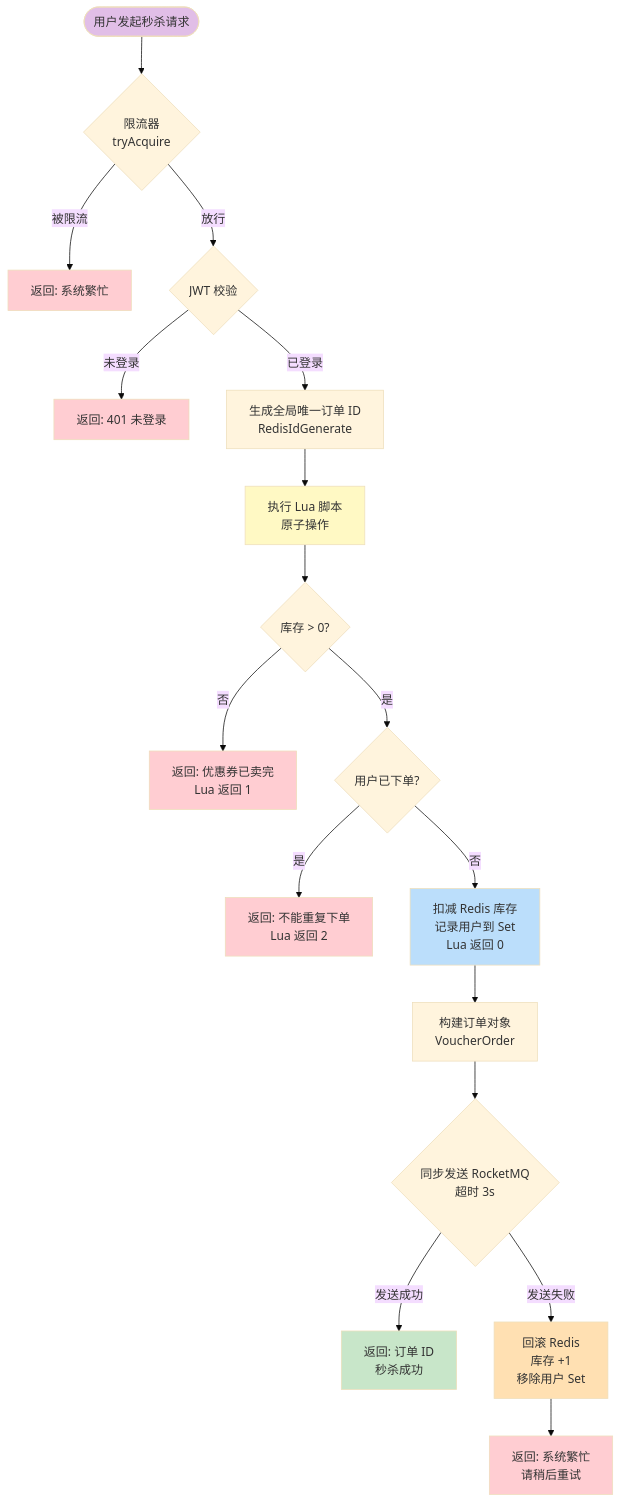
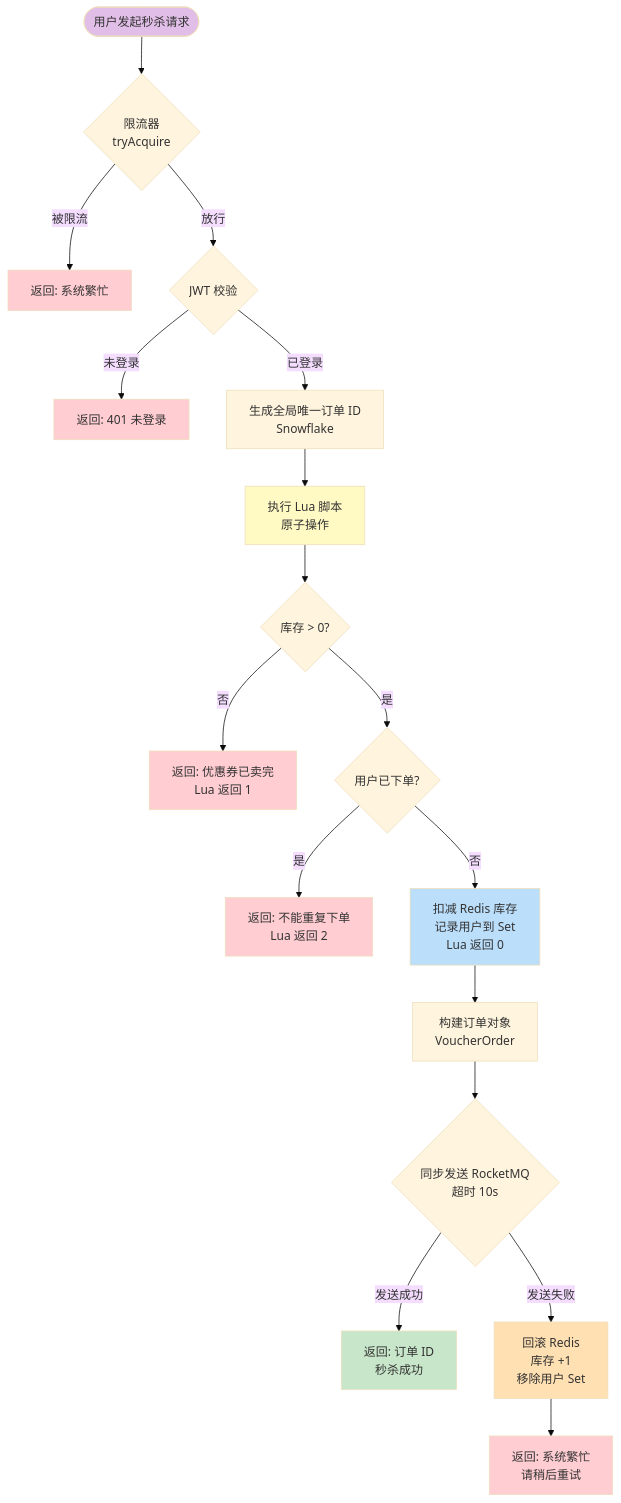
The second of 3 diagrams in README.md (Shardkiht/FlashDeal), drawn with Mermaid (base theme) before and after one commit. The commit also changed other lines of this file, not shown here.

````diff
--- a/README.md
+++ b/README.md
@@ -136,32 +137,32 @@
 ```mermaid
 flowchart TD
     START([用户发起秒杀请求]) --> LIMIT{限流器<br/>tryAcquire}
     LIMIT -->|被限流| R1[返回: 系统繁忙]
     LIMIT -->|放行| AUTH{JWT 校验}
     AUTH -->|未登录| R2[返回: 401 未登录]
-    AUTH -->|已登录| GEN[生成全局唯一订单 ID<br/>RedisIdGenerate]
+    AUTH -->|已登录| GEN[生成全局唯一订单 ID<br/>Snowflake]
 
     GEN --> LUA[执行 Lua 脚本<br/>原子操作]
     LUA --> CHECK1{库存 > 0?}
     CHECK1 -->|否| R3[返回: 优惠券已卖完<br/>Lua 返回 1]
     CHECK1 -->|是| CHECK2{用户已下单?}
     CHECK2 -->|是| R4[返回: 不能重复下单<br/>Lua 返回 2]
     CHECK2 -->|否| DECR[扣减 Redis 库存<br/>记录用户到 Set<br/>Lua 返回 0]
 
     DECR --> BUILD[构建订单对象<br/>VoucherOrder]
-    BUILD --> MQ{同步发送 RocketMQ<br/>超时 3s}
+    BUILD --> MQ{同步发送 RocketMQ<br/>超时 10s}
     MQ -->|发送成功| OK[返回: 订单 ID<br/>秒杀成功]
     MQ -->|发送失败| ROLLBACK[回滚 Redis<br/>库存 +1<br/>移除用户 Set]
     ROLLBACK --> R5[返回: 系统繁忙<br/>请稍后重试]
 
     style START fill:#e1bee7
     style OK fill:#c8e6c9
     style R1 fill:#ffcdd2
     style R2 fill:#ffcdd2
     style R3 fill:#ffcdd2
     style R4 fill:#ffcdd2
     style R5 fill:#ffcdd2
     style LUA fill:#fff9c4
     style DECR fill:#bbdefb
     style ROLLBACK fill:#ffe0b2
 ```
````
